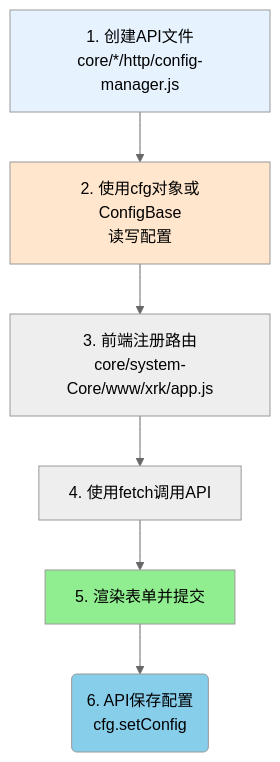
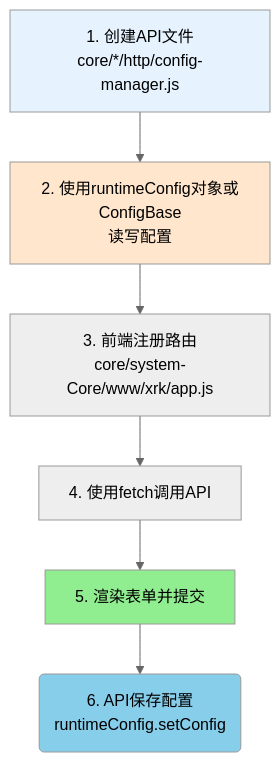
One commit to sunflowermm/XRK-AGT changed the fourth of 8 diagrams in docs/app-dev.md. Above: the diagram before and after it, drawn with Mermaid (neutral theme). The commit also changed other lines of this file and 315 other files, not shown here.

````diff
--- a/docs/app-dev.md
+++ b/docs/app-dev.md
@@ -325,13 +325,13 @@
 ```mermaid
 flowchart TB
-    A[1. 创建API文件<br/>core/*/http/config-manager.js] --> B[2. 使用cfg对象或ConfigBase<br/>读写配置]
+    A[1. 创建API文件<br/>core/*/http/config-manager.js] --> B[2. 使用runtimeConfig对象或ConfigBase<br/>读写配置]
     B --> C[3. 前端注册路由<br/>core/system-Core/www/xrk/app.js]
     C --> D[4. 使用fetch调用API]
     D --> E[5. 渲染表单并提交]
-    E --> F(6. API保存配置<br/>cfg.setConfig)
+    E --> F(6. API保存配置<br/>runtimeConfig.setConfig)
 
     style A fill:#E6F3FF
     style B fill:#FFE6CC
     style E fill:#90EE90
     style F fill:#87CEEB
 ```
````
